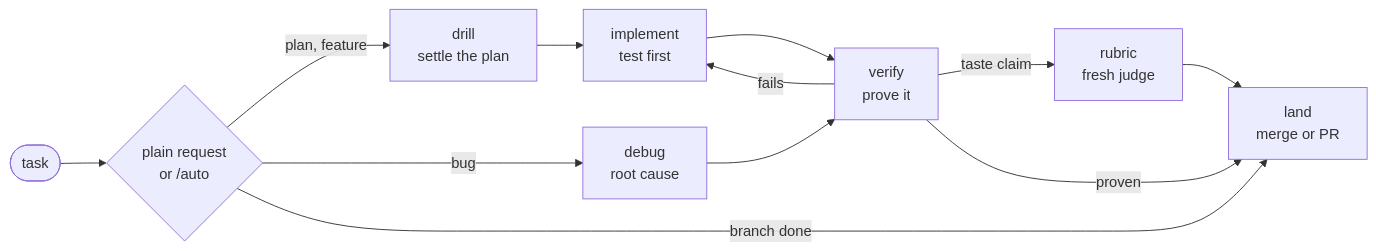
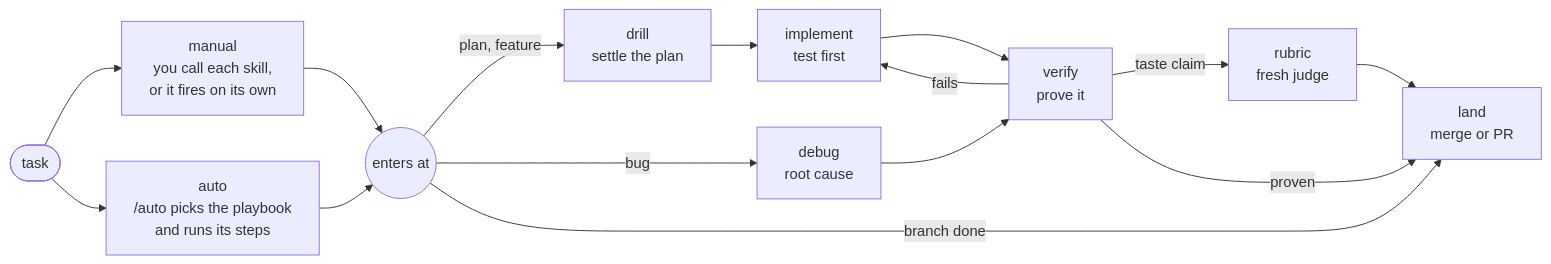
The diagram in README.md (pwguler/skills), drawn with Mermaid before and after one commit.

Commit message:
readme: show the manual and auto doors as two paths that meet before the loop
Manual: the user calls each skill, or one fires on its own description. Auto: /auto picks the playbook and runs its steps. Both enter at drill, debug, or land. Rendered with mermaid-cli and read before committing.

````diff
--- a/README.md
+++ b/README.md
@@ -53,14 +53,17 @@
 ```mermaid
 flowchart LR
-    task([task]) --> door{"plain request<br/>or /auto"}
-    door -- "plan, feature" --> drill["drill<br/>settle the plan"]
-    door -- "bug" --> debug["debug<br/>root cause"]
-    door -- "branch done" --> land
+    task([task]) --> manual["manual<br/>you call each skill,<br/>or it fires on its own"]
+    task --> auto["auto<br/>/auto picks the playbook<br/>and runs its steps"]
+    manual --> enter(("enters at"))
+    auto --> enter
+    enter -- "plan, feature" --> drill["drill<br/>settle the plan"]
+    enter -- "bug" --> debug["debug<br/>root cause"]
+    enter -- "branch done" --> land
     drill --> implement["implement<br/>test first"]
     implement --> verify["verify<br/>prove it"]
     verify -- "fails" --> implement
     verify -- "taste claim" --> rubric["rubric<br/>fresh judge"]
     rubric --> land["land<br/>merge or PR"]
     verify -- "proven" --> land
     debug --> verify
 ```
````
